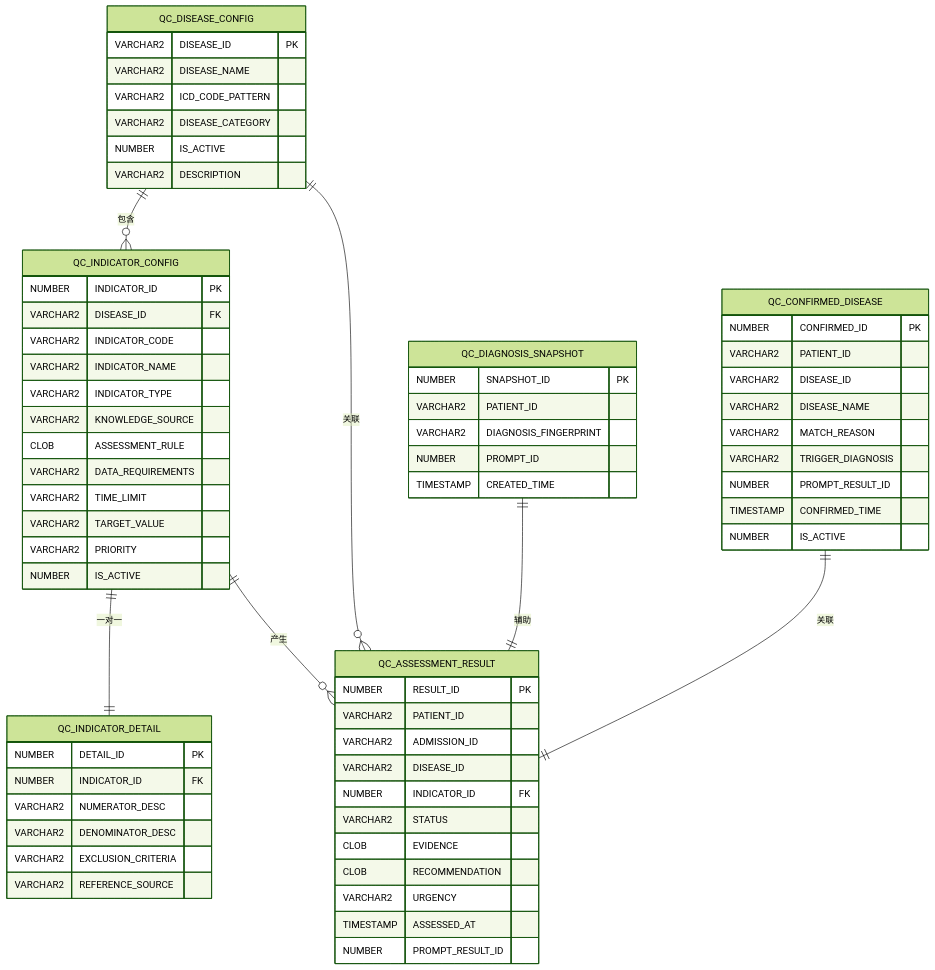
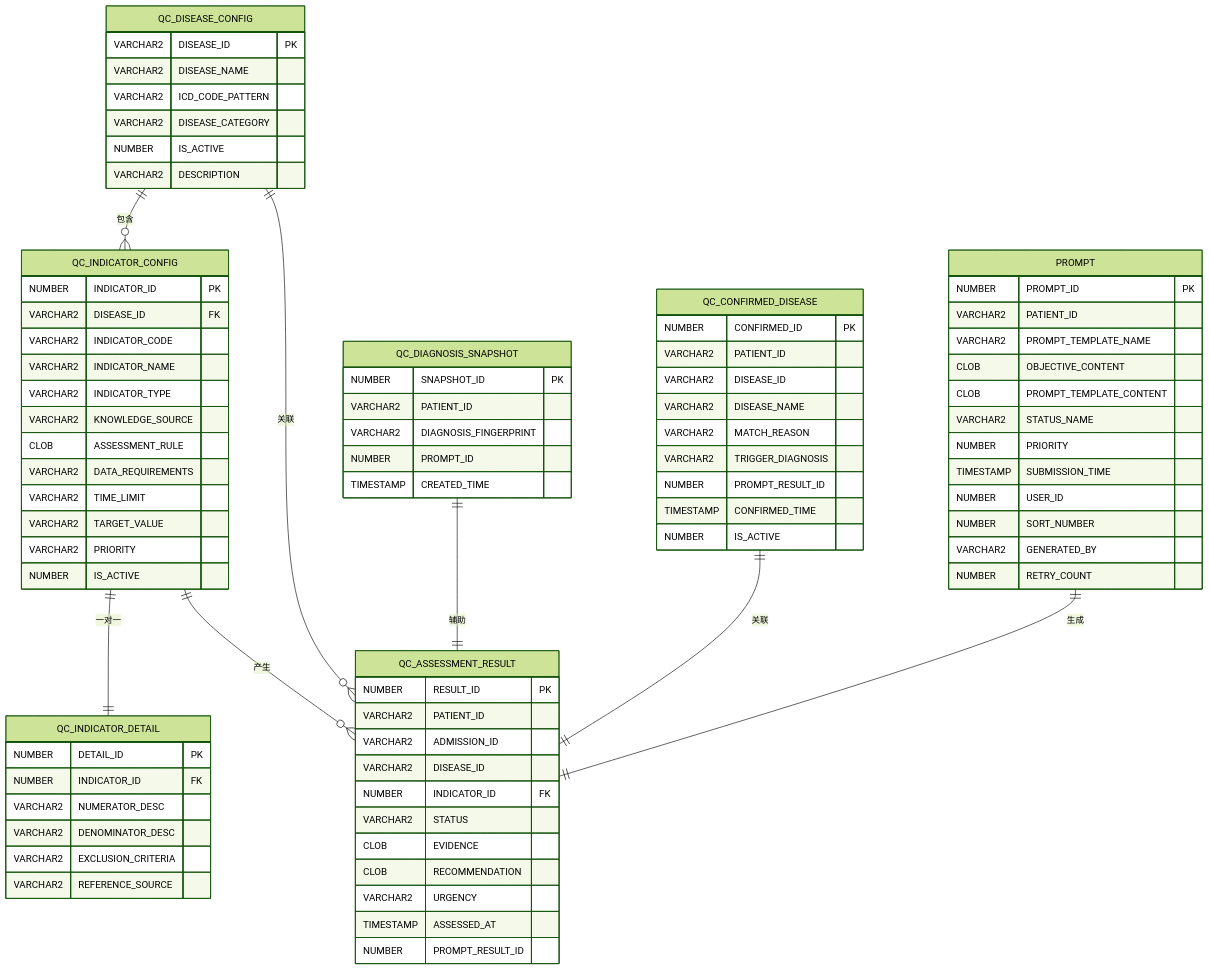
One commit to liuzh2008/med_ai_assistant_workspace changed the fifth of 11 diagrams in .qoder/repowiki/zh/content/QC评估引擎.md. Above: the diagram before and after it, drawn with Mermaid (forest theme). The commit also changed other lines of this file and 5 other files, not shown here.

````diff
--- a/.qoder/repowiki/zh/content/QC评估引擎.md
+++ b/.qoder/repowiki/zh/content/QC评估引擎.md
@@ -369,10 +353,25 @@
 TIMESTAMP CONFIRMED_TIME
 NUMBER IS_ACTIVE
 }
+PROMPT {
+NUMBER PROMPT_ID PK
+VARCHAR2 PATIENT_ID
+VARCHAR2 PROMPT_TEMPLATE_NAME
+CLOB OBJECTIVE_CONTENT
+CLOB PROMPT_TEMPLATE_CONTENT
+VARCHAR2 STATUS_NAME
+NUMBER PRIORITY
+TIMESTAMP SUBMISSION_TIME
+NUMBER USER_ID
+NUMBER SORT_NUMBER
+VARCHAR2 GENERATED_BY
+NUMBER RETRY_COUNT
+}
 QC_DISEASE_CONFIG ||--o{ QC_INDICATOR_CONFIG : "包含"
 QC_INDICATOR_CONFIG ||--|| QC_INDICATOR_DETAIL : "一对一"
 QC_INDICATOR_CONFIG ||--o{ QC_ASSESSMENT_RESULT : "产生"
 QC_DISEASE_CONFIG ||--o{ QC_ASSESSMENT_RESULT : "关联"
 QC_DIAGNOSIS_SNAPSHOT ||--|| QC_ASSESSMENT_RESULT : "辅助"
 QC_CONFIRMED_DISEASE ||--|| QC_ASSESSMENT_RESULT : "关联"
+PROMPT ||--|| QC_ASSESSMENT_RESULT : "生成"
 ```
````
